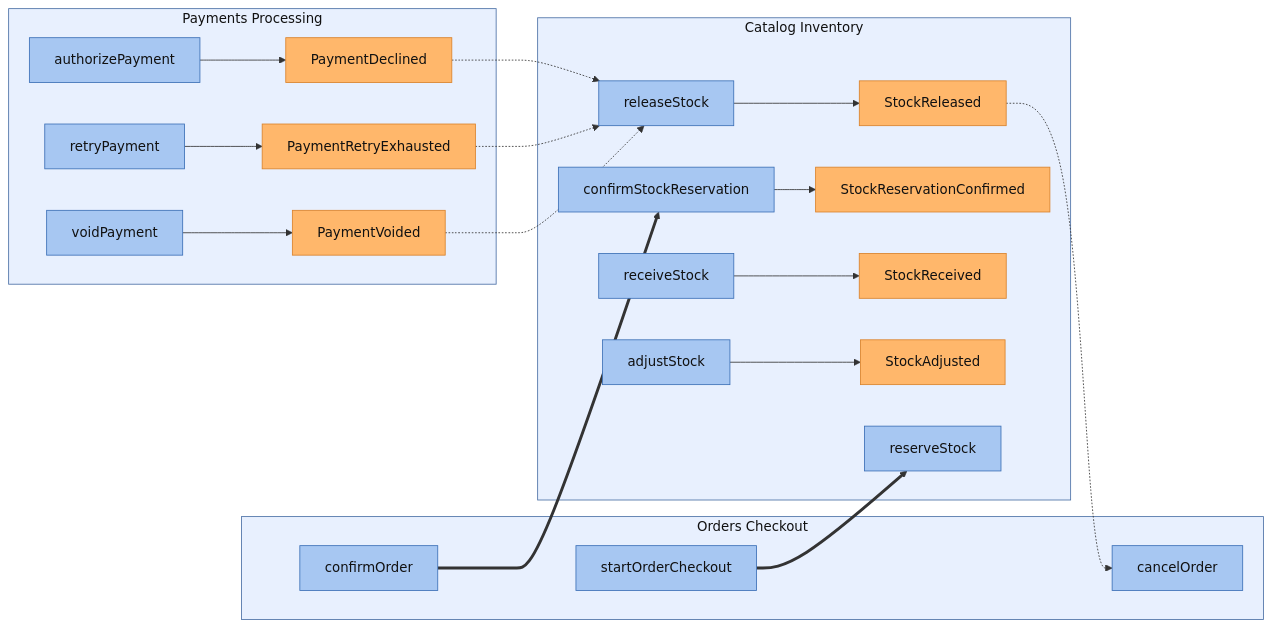
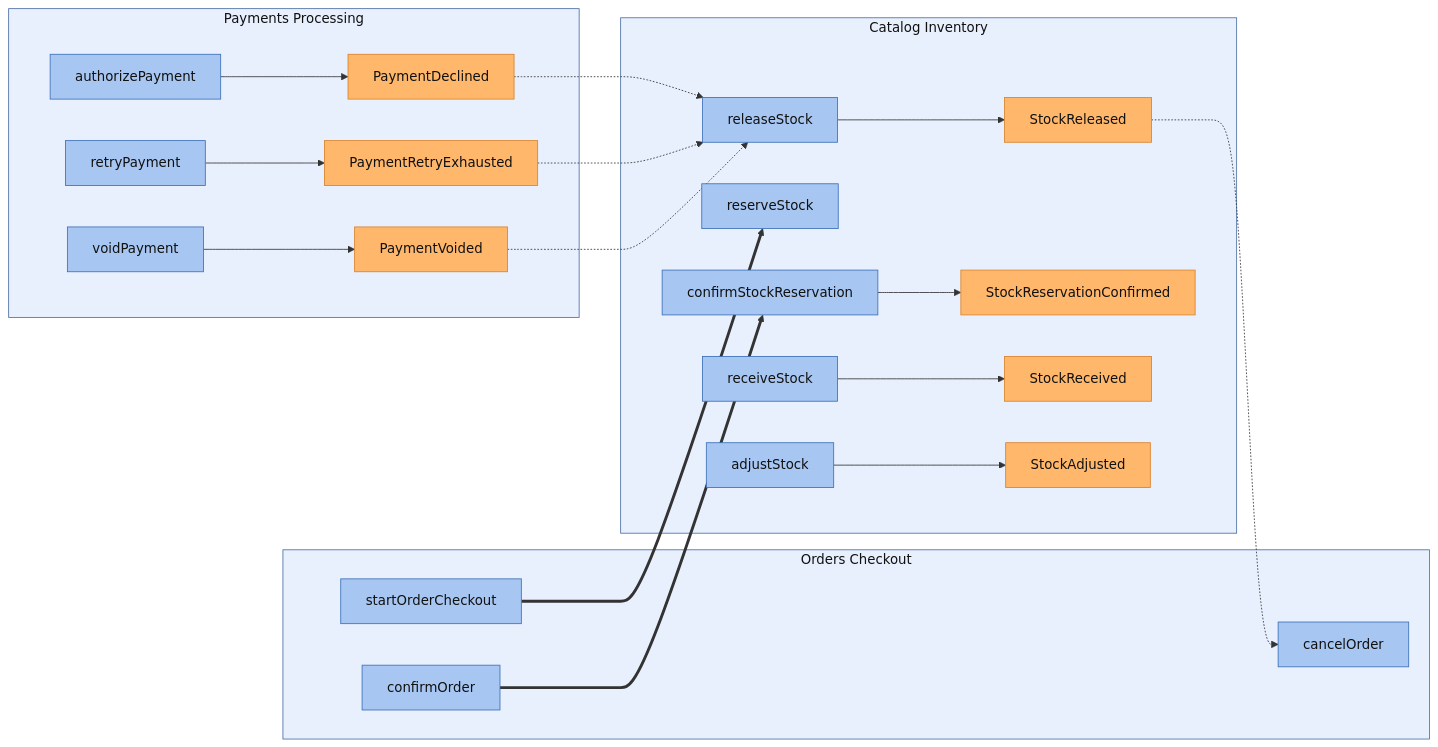
One commit to ZenWave360/dsl-kotlin changed the first of 7 diagrams in dsl-docs/src/commonTest/resources/snapshots/arcadia-modulith/modules/catalog-inventory.md. Above: the diagram before and after it, drawn with Mermaid. The commit also changed other lines of this file and 21 other files, not shown here.

Commit message:
feat(views): event class diagrams, light class diagram styling, command adapters

````diff
--- a/dsl-docs/src/commonTest/resources/snapshots/arcadia-modulith/modules/catalog-inventory.md
+++ b/dsl-docs/src/commonTest/resources/snapshots/arcadia-modulith/modules/catalog-inventory.md
@@ -16,51 +16,63 @@
 ```mermaid
 flowchart LR
   classDef module fill:#e8f0fe,stroke:#4a6fa5,color:#111
   classDef command fill:#a7c7f2,stroke:#3b6fb6,color:#111
   classDef event fill:#ffb76b,stroke:#d9822b,color:#111
 
   subgraph sg_CatalogInventory["Catalog Inventory"]
-    CatalogInventory__InventoryService__reserveStock["reserveStock"]
-    CatalogInventory__InventoryService__releaseStock["releaseStock"]
-    CatalogInventory__InventoryService__confirmStockReservation["confirmStockReservation"]
-    CatalogInventory__InventoryBackofficeService__receiveStock["receiveStock"]
-    CatalogInventory__InventoryBackofficeService__adjustStock["adjustStock"]
-    CatalogInventory__StockAdjusted["StockAdjusted"]
-    CatalogInventory__StockReceived["StockReceived"]
-    CatalogInventory__StockReleased["StockReleased"]
-    CatalogInventory__StockReservationConfirmed["StockReservationConfirmed"]
+    subgraph sg_CatalogInventory_cmd[" "]
+      CatalogInventory__InventoryService__reserveStock["reserveStock"]
+      CatalogInventory__InventoryService__releaseStock["releaseStock"]
+      CatalogInventory__InventoryService__confirmStockReservation["confirmStockReservation"]
+      CatalogInventory__InventoryBackofficeService__receiveStock["receiveStock"]
+      CatalogInventory__InventoryBackofficeService__adjustStock["adjustStock"]
+    end
+    subgraph sg_CatalogInventory_evt[" "]
+      CatalogInventory__StockAdjusted["StockAdjusted"]
+      CatalogInventory__StockReceived["StockReceived"]
+      CatalogInventory__StockReleased["StockReleased"]
+      CatalogInventory__StockReservationConfirmed["StockReservationConfirmed"]
+    end
   end
 
   subgraph sg_OrdersCheckout["Orders Checkout"]
     OrdersCheckout__OrdersCheckoutService__startOrderCheckout["startOrderCheckout"]
     OrdersCheckout__OrdersCheckoutService__confirmOrder["confirmOrder"]
     OrdersCheckout__OrdersCheckoutService__cancelOrder["cancelOrder"]
   end
 
   subgraph sg_PaymentsProcessing["Payments Processing"]
-    PaymentsProcessing__PaymentsProcessingService__authorizePayment["authorizePayment"]
-    PaymentsProcessing__PaymentsProcessingService__retryPayment["retryPayment"]
-    PaymentsProcessing__PaymentsProcessingService__voidPayment["voidPayment"]
-    PaymentsProcessing__PaymentDeclined["PaymentDeclined"]
-    PaymentsProcessing__PaymentRetryExhausted["PaymentRetryExhausted"]
-    PaymentsProcessing__PaymentVoided["PaymentVoided"]
+    subgraph sg_PaymentsProcessing_cmd[" "]
+      PaymentsProcessing__PaymentsProcessingService__authorizePayment["authorizePayment"]
+      PaymentsProcessing__PaymentsProcessingService__retryPayment["retryPayment"]
+      PaymentsProcessing__PaymentsProcessingService__voidPayment["voidPayment"]
+    end
+    subgraph sg_PaymentsProcessing_evt[" "]
+      PaymentsProcessing__PaymentDeclined["PaymentDeclined"]
+      PaymentsProcessing__PaymentRetryExhausted["PaymentRetryExhausted"]
+      PaymentsProcessing__PaymentVoided["PaymentVoided"]
+    end
   end
 
   class sg_CatalogInventory,sg_OrdersCheckout,sg_PaymentsProcessing module
   class CatalogInventory__InventoryBackofficeService__adjustStock,CatalogInventory__InventoryBackofficeService__receiveStock,CatalogInventory__InventoryService__confirmStockReservation,CatalogInventory__InventoryService__releaseStock,CatalogInventory__InventoryService__reserveStock,OrdersCheckout__OrdersCheckoutService__cancelOrder,OrdersCheckout__OrdersCheckoutService__confirmOrder,OrdersCheckout__OrdersCheckoutService__startOrderCheckout,PaymentsProcessing__PaymentsProcessingService__authorizePayment,PaymentsProcessing__PaymentsProcessingService__retryPayment,PaymentsProcessing__PaymentsProcessingService__voidPayment command
   class CatalogInventory__StockAdjusted,CatalogInventory__StockReceived,CatalogInventory__StockReleased,CatalogInventory__StockReservationConfirmed,PaymentsProcessing__PaymentDeclined,PaymentsProcessing__PaymentRetryExhausted,PaymentsProcessing__PaymentVoided event
+  style sg_CatalogInventory_cmd fill:none,stroke:none
+  style sg_CatalogInventory_evt fill:none,stroke:none
+  style sg_PaymentsProcessing_cmd fill:none,stroke:none
+  style sg_PaymentsProcessing_evt fill:none,stroke:none
 
   CatalogInventory__InventoryBackofficeService__adjustStock --> CatalogInventory__StockAdjusted
   CatalogInventory__InventoryBackofficeService__receiveStock --> CatalogInventory__StockReceived
   CatalogInventory__InventoryService__confirmStockReservation --> CatalogInventory__StockReservationConfirmed
   CatalogInventory__InventoryService__releaseStock --> CatalogInventory__StockReleased
   PaymentsProcessing__PaymentsProcessingService__authorizePayment --> PaymentsProcessing__PaymentDeclined
   PaymentsProcessing__PaymentsProcessingService__retryPayment --> PaymentsProcessing__PaymentRetryExhausted
   PaymentsProcessing__PaymentsProcessingService__voidPayment --> PaymentsProcessing__PaymentVoided
   CatalogInventory__StockReleased -.-> OrdersCheckout__OrdersCheckoutService__cancelOrder
   PaymentsProcessing__PaymentDeclined -.-> CatalogInventory__InventoryService__releaseStock
   PaymentsProcessing__PaymentRetryExhausted -.-> CatalogInventory__InventoryService__releaseStock
   PaymentsProcessing__PaymentVoided -.-> CatalogInventory__InventoryService__releaseStock
   OrdersCheckout__OrdersCheckoutService__confirmOrder ==> CatalogInventory__InventoryService__confirmStockReservation
   OrdersCheckout__OrdersCheckoutService__startOrderCheckout ==> CatalogInventory__InventoryService__reserveStock
 ```
````
